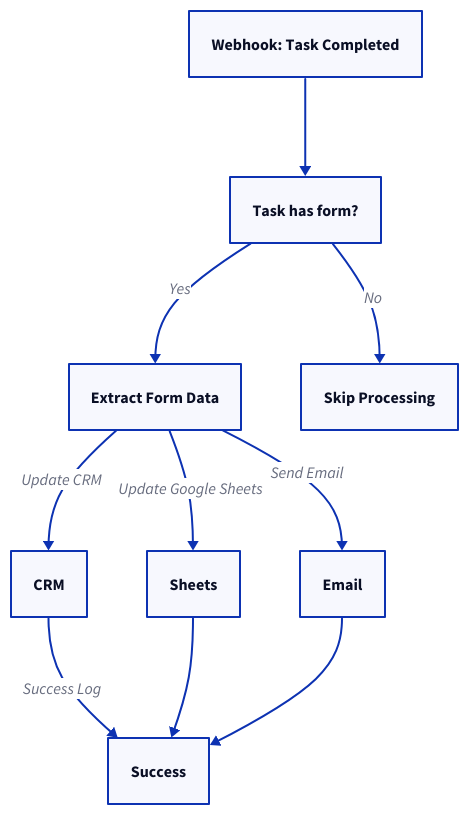
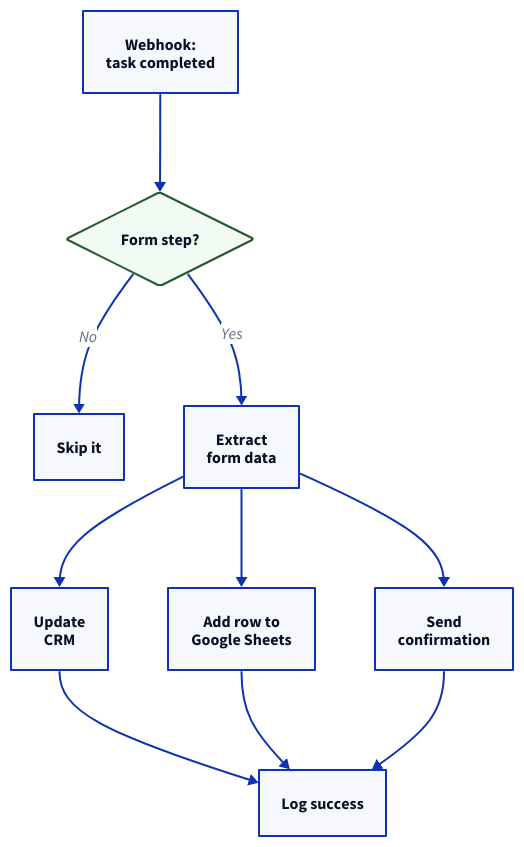
One commit to tallyfy/documentation changed the diagram in src/content/docs/pro/integrations/middleware/n8n/common-n8n-workflow-examples.mdx. Above: the diagram before and after it, drawn with D2. The commit also changed other lines of this file and 12 other files, not shown here.

First line of the commit message:
Redraw 14 diagrams on 13 help pages so their text reads at full size

````diff
--- a/src/content/docs/pro/integrations/middleware/n8n/common-n8n-workflow-examples.mdx
+++ b/src/content/docs/pro/integrations/middleware/n8n/common-n8n-workflow-examples.mdx
@@ -100,23 +100,27 @@
 ```d2
-CRM: "CRM"
-Email: "Email"
-Extract: "Extract"
-Sheets: "Sheets"
-Success: "Success"
-Start: "Webhook: Task Completed"
-Check: "Task has form?"
+# n8n workflow: one completed form updates three systems
+direction: down
+
+Start: "Webhook:\ntask completed"
+Check: "Form step?" {
+  shape: diamond
+  style.fill: "#f2faf4"
+  style.stroke: "#225930"
+}
+Skip: "Skip it"
+Extract: "Extract\nform data"
+CRM: "Update\nCRM"
+Sheets: "Add row to\nGoogle Sheets"
+Email: "Send\nconfirmation"
+Success: "Log success"
+
 Start -> Check
 Check -> Extract: "Yes"
-Extract: "Extract Form Data"
 Check -> Skip: "No"
-Skip: "Skip Processing"
-Extract -> CRM: "Update CRM" {
-}
-Extract -> Sheets: "Update Google Sheets" {
-}
-Extract -> Email: "Send Email" {
-}
-CRM -> Success: "Success Log"
+Extract -> CRM
+Extract -> Sheets
+Extract -> Email
+CRM -> Success
 Sheets -> Success
 Email -> Success
 ```
````
